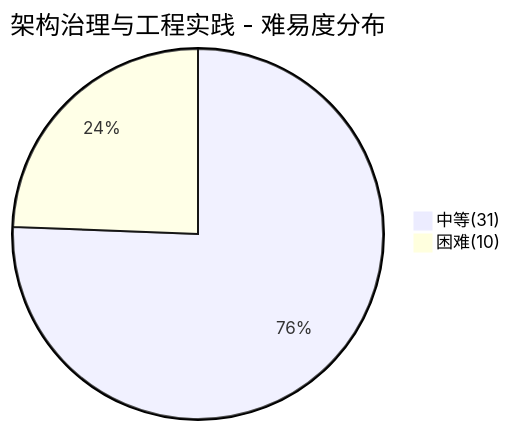
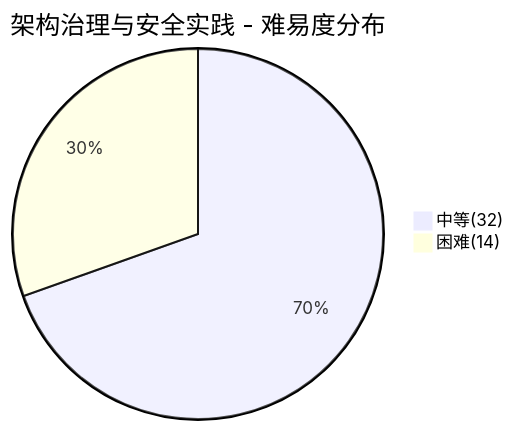
One commit to dunwu/waterdrop changed the fifth of 6 diagrams in docs/99.面试/设计面试.md. Above: the diagram before and after it, drawn with Mermaid. The commit also changed other lines of this file and 73 other files, not shown here.

````diff
--- a/docs/99.面试/设计面试.md
+++ b/docs/99.面试/设计面试.md
@@ -249,5 +254,5 @@
 ```mermaid
-pie title 架构治理与工程实践 - 难易度分布
-    "中等(31)" : 31
-    "困难(10)" : 10
+pie title 架构治理与安全实践 - 难易度分布
+    "中等(32)" : 32
+    "困难(14)" : 14
 ```
````
